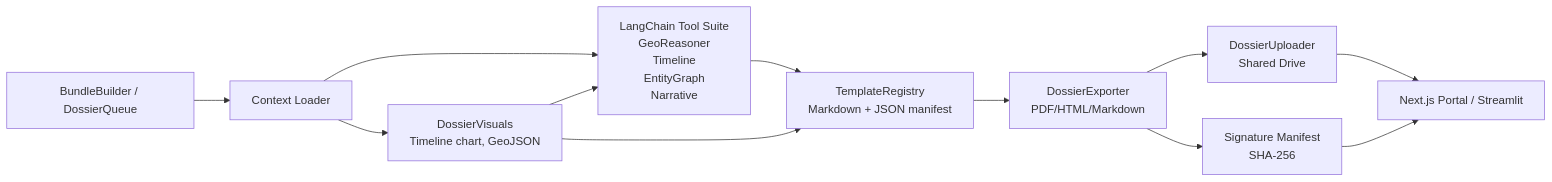
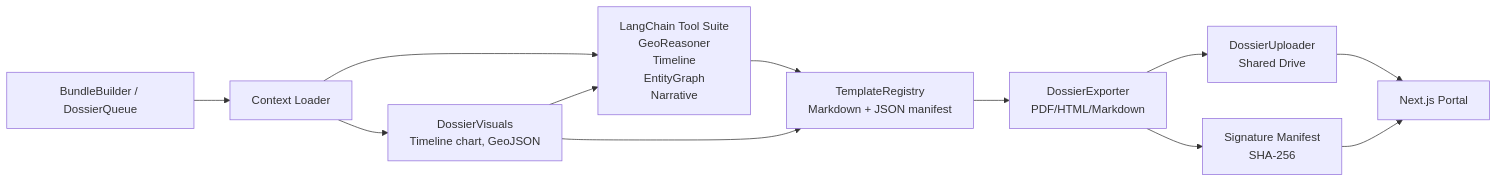
Before and after one commit to intelligenceforgood/core: the third of 3 diagrams in docs/design/architecture.md, drawn with Mermaid. The commit also changed other lines of this file and 26 other files, not shown here.

````diff
--- a/docs/design/architecture.md
+++ b/docs/design/architecture.md
@@ -276,14 +275,14 @@
 ```mermaid
 flowchart LR
   A[BundleBuilder / DossierQueue] --> B[Context Loader]
   B --> C[LangChain Tool Suite<br/>GeoReasoner<br/>Timeline<br/>EntityGraph<br/>Narrative]
   C --> D[TemplateRegistry<br/>Markdown + JSON manifest]
   D --> E[DossierExporter<br/>PDF/HTML/Markdown]
   E --> F[DossierUploader<br/>Shared Drive]
   E --> G[Signature Manifest<br/>SHA-256]
-  F --> H[Next.js Portal / Streamlit]
+  F --> H[Next.js Portal]
   G --> H
   B --> I[DossierVisuals<br/>Timeline chart, GeoJSON]
   I --> C
   I --> D
 ```
````
